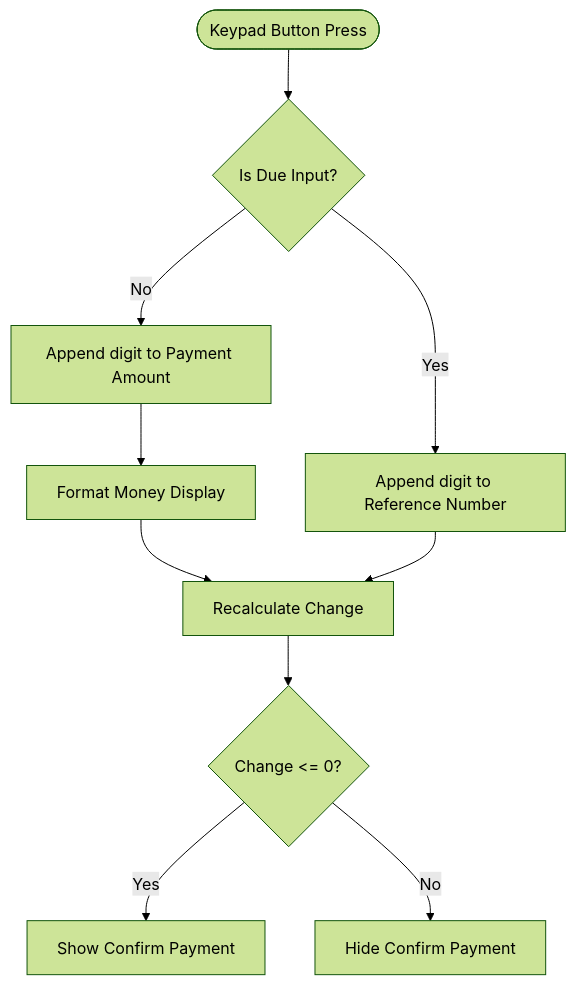
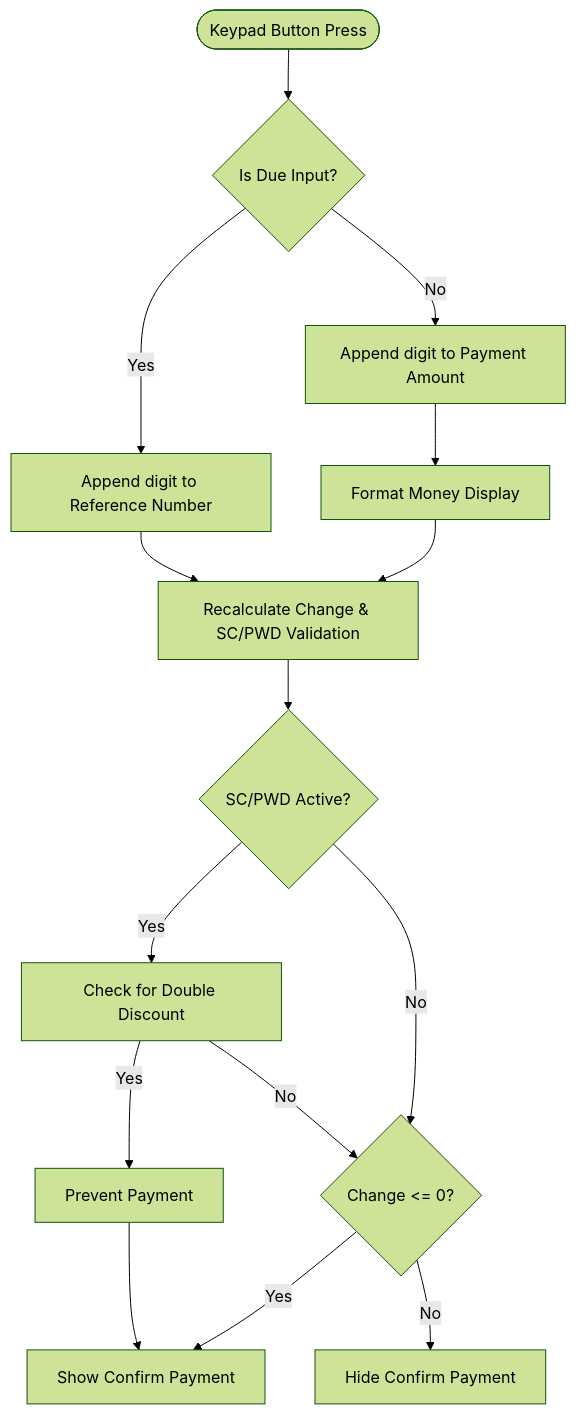
The third of 13 diagrams in .qoder/repowiki/en/content/Frontend Interface/Checkout System.md (yosefdc7/PharmaPOS), drawn with Mermaid (forest theme) before and after one commit. The commit also changed other lines of this file and 11 other files, not shown here.

````diff
--- a/.qoder/repowiki/en/content/Frontend Interface/Checkout System.md
+++ b/.qoder/repowiki/en/content/Frontend Interface/Checkout System.md
@@ -135,12 +212,17 @@
 ```mermaid
 flowchart TD
 Start(["Keypad Button Press"]) --> IsDue{"Is Due Input?"}
 IsDue --> |Yes| AppendRef["Append digit to Reference Number"]
 IsDue --> |No| AppendAmt["Append digit to Payment Amount"]
 AppendAmt --> Format["Format Money Display"]
-Format --> Recalc["Recalculate Change"]
+Format --> Recalc["Recalculate Change & SC/PWD Validation"]
 AppendRef --> Recalc
-Recalc --> ChangePositive{"Change <= 0?"}
+Recalc --> ValidateSCPD{"SC/PWD Active?"}
+ValidateSCPD --> |Yes| CheckDouble["Check for Double Discount"]
+ValidateSCPD --> |No| ChangePositive{"Change <= 0?"}
+CheckDouble --> |Yes| Prevent["Prevent Payment"]
+CheckDouble --> |No| ChangePositive
 ChangePositive --> |Yes| ShowConfirm["Show Confirm Payment"]
 ChangePositive --> |No| HideConfirm["Hide Confirm Payment"]
+Prevent --> ShowConfirm
 ```
````
